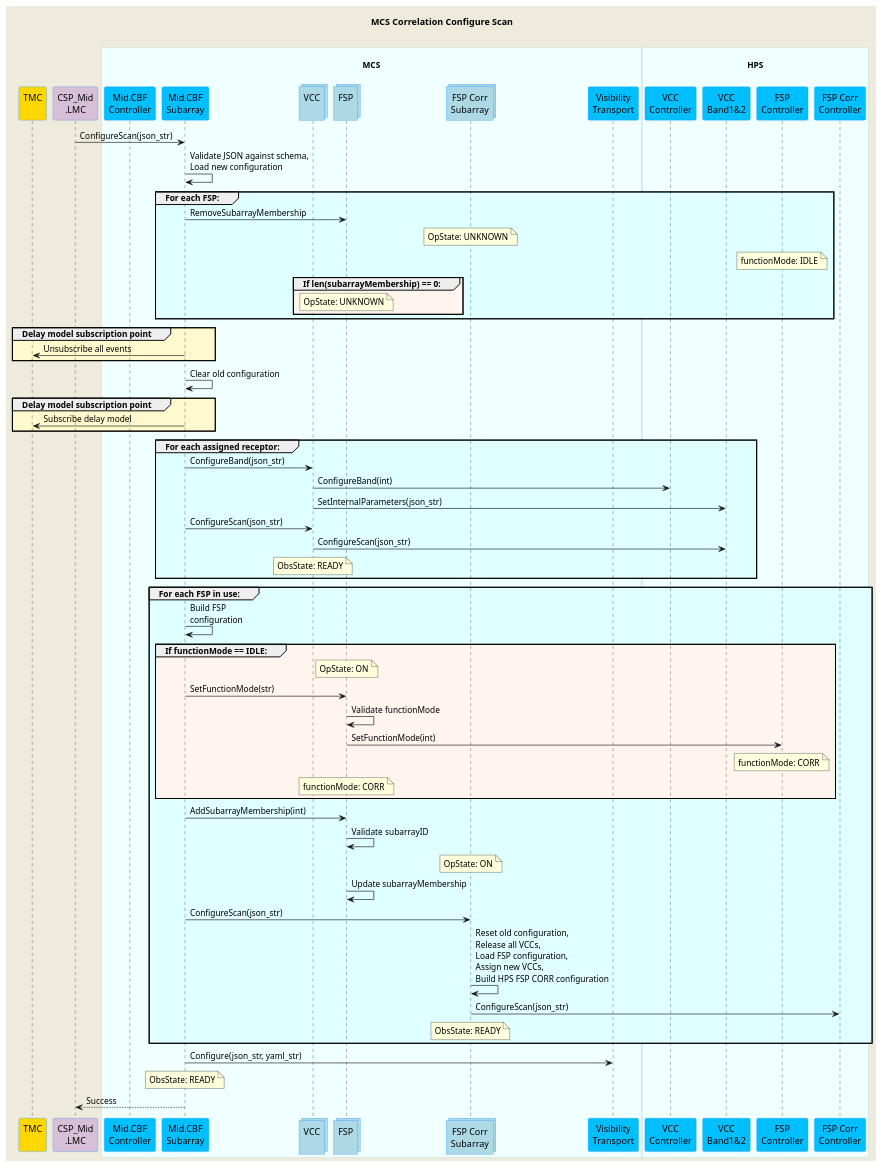
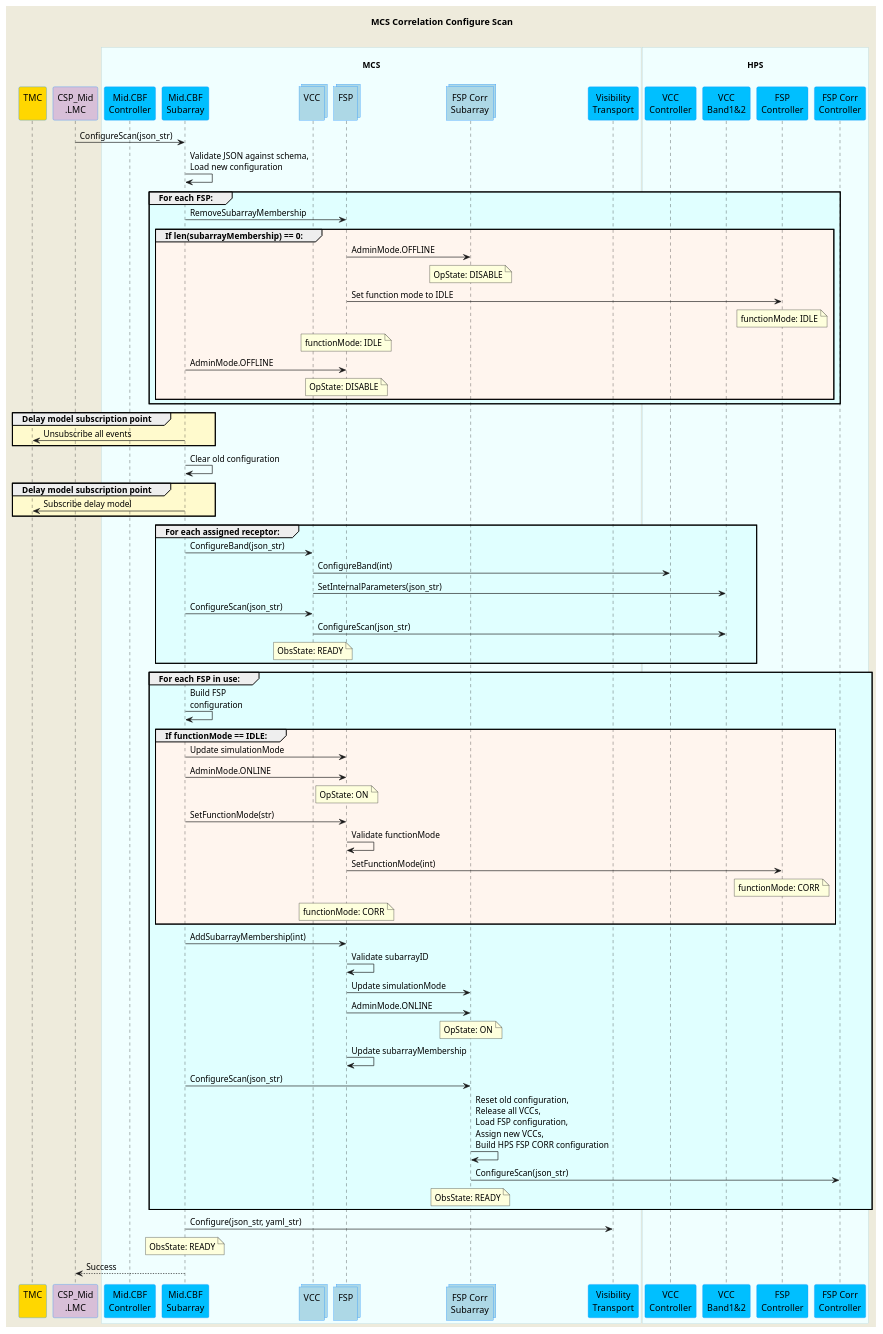
The diagram in docs/src/diagrams/configure-corr-scan-mcs.puml (ska-telescope/mid-cbf-mcs), drawn with PlantUML before and after one commit. The commit also changed 3 other files, not shown here.

Commit message:
CIP-2424 add admin mode and sim mode writes to UML

```diff
--- a/docs/src/diagrams/configure-corr-scan-mcs.puml
+++ b/docs/src/diagrams/configure-corr-scan-mcs.puml
@@ -1,96 +1,104 @@
 @startuml
 'https://plantuml.com/sequence-diagram
 
 skinparam backgroundColor #EEEBDC
 skinparam sequence {
     ParticipantBorderColor DodgerBlue
     ParticipantBackgroundColor DeepSkyBlue
     ActorBorderColor DarkGreen
     ActorBackgroundColor Green
     BoxBorderColor LightBlue
     BoxBackgroundColor #F0FFFF
 }
 skinparam collections {
     BackGroundColor LightBlue
     BorderColor DodgerBlue
 }
 
 title MCS Correlation Configure Scan\n
 
 participant "TMC\n" as tmc #Gold
 participant "CSP_Mid\n.LMC" as lmc #Thistle
 box "\nMCS\n"
     participant "Mid.CBF\nController" as controller
     participant "Mid.CBF\nSubarray" as subarray
     collections "VCC\n" as vcc
     collections "FSP\n" as fsp
     collections "FSP Corr\nSubarray" as fspcorr
     participant "Visibility\nTransport" as vis_trans
 end box
 box "\nHPS\n" 
     participant "VCC\nController" as vcc_cont
     participant "VCC\nBand1&2" as vcc_band
     participant "FSP\nController" as fsp_cont
     participant "FSP Corr\nController" as fspcorr_cont
 end box
 
 lmc         -> subarray     : ConfigureScan(json_str)
 subarray    -> subarray     : Validate JSON against schema,\nLoad new configuration
 
 group #LightCyan For each FSP:
     subarray    -> fsp          : RemoveSubarrayMembership
-    note over fspcorr           : OpState: UNKNOWN
-    note over fsp_cont          : functionMode: IDLE
     group #SeaShell If len(subarrayMembership) == 0:
-      note over fsp             : OpState: UNKNOWN
+        fsp         -> fspcorr      : AdminMode.OFFLINE
+        note over fspcorr           : OpState: DISABLE
+        fsp         -> fsp_cont     : Set function mode to IDLE
+        note over fsp_cont          : functionMode: IDLE
+        note over fsp               : functionMode: IDLE
+        subarray    -> fsp          : AdminMode.OFFLINE
+        note over fsp             : OpState: DISABLE
     end group
 end group
 
 group #LemonChiffon Delay model subscription point
     subarray    -> tmc          : Unsubscribe all events
 end group
 
 subarray    -> subarray     : Clear old configuration
 
 group #LemonChiffon Delay model subscription point
     subarray    -> tmc          : Subscribe delay model
 end group
 
 group #LightCyan For each assigned receptor:
     subarray    -> vcc          : ConfigureBand(json_str)
     vcc         -> vcc_cont     : ConfigureBand(int)
     vcc         -> vcc_band     : SetInternalParameters(json_str)
     subarray    -> vcc          : ConfigureScan(json_str)
     vcc         -> vcc_band     : ConfigureScan(json_str)
     note over vcc               : ObsState: READY
 end group
 
 group #LightCyan For each FSP in use:
     subarray    -> subarray     : Build FSP\nconfiguration
 
     group #SeaShell If functionMode == IDLE:
+        subarray    -> fsp          : Update simulationMode
+        subarray    -> fsp          : AdminMode.ONLINE
         note over fsp               : OpState: ON
         subarray    -> fsp          : SetFunctionMode(str)
         fsp         -> fsp          : Validate functionMode
         fsp         -> fsp_cont     : SetFunctionMode(int)
         note over fsp_cont          : functionMode: CORR
         note over fsp               : functionMode: CORR 
     end group
 
     subarray    -> fsp          : AddSubarrayMembership(int)
     fsp         -> fsp          : Validate subarrayID
+    fsp         -> fspcorr      : Update simulationMode
+    fsp         -> fspcorr      : AdminMode.ONLINE
     note over fspcorr           : OpState: ON
     fsp         -> fsp          : Update subarrayMembership
 
     subarray    -> fspcorr      : ConfigureScan(json_str)
     fspcorr     -> fspcorr      : Reset old configuration,\nRelease all VCCs,\nLoad FSP configuration,\nAssign new VCCs,\nBuild HPS FSP CORR configuration
     fspcorr     -> fspcorr_cont : ConfigureScan(json_str)
     note over fspcorr           : ObsState: READY
 end group
 
 subarray    -> vis_trans    : Configure(json_str, yaml_str)
 
 note over subarray          : ObsState: READY
 lmc        <-- subarray     : Success
 
 @enduml
```
